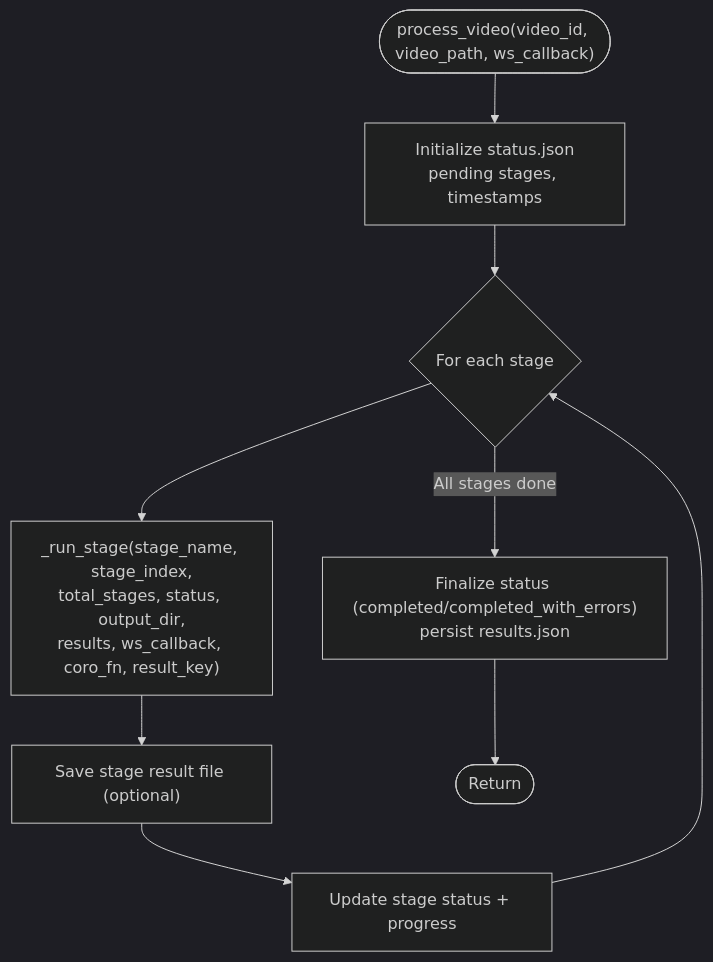
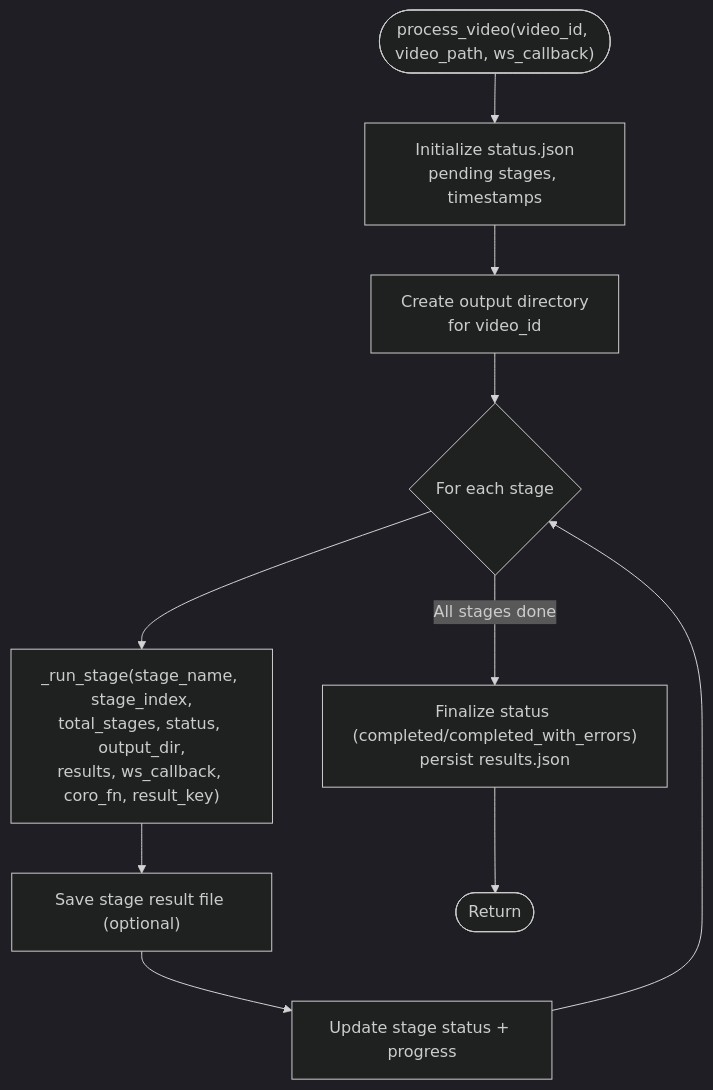
Before and after one commit to alexandreybasta-cyber/dubai-media-ai: the third of 5 diagrams in .qoder/repowiki/en/content/Media Processing Pipeline/Pipeline Overview and Architecture.md, drawn with Mermaid (dark theme). The commit also changed other lines of this file and 48 other files, not shown here.

````diff
--- a/.qoder/repowiki/en/content/Media Processing Pipeline/Pipeline Overview and Architecture.md
+++ b/.qoder/repowiki/en/content/Media Processing Pipeline/Pipeline Overview and Architecture.md
@@ -174,11 +190,12 @@
 ```mermaid
 flowchart TD
 Start(["process_video(video_id, video_path, ws_callback)"]) --> InitStatus["Initialize status.json<br/>pending stages, timestamps"]
-InitStatus --> LoopStages{"For each stage"}
+InitStatus --> CreateOutputDir["Create output directory<br/>for video_id"]
+CreateOutputDir --> LoopStages{"For each stage"}
 LoopStages --> RunStage["_run_stage(stage_name, stage_index,<br/>total_stages, status, output_dir,<br/>results, ws_callback, coro_fn, result_key)"]
 RunStage --> SaveStage["Save stage result file (optional)"]
 SaveStage --> UpdateStatus["Update stage status + progress"]
 UpdateStatus --> LoopStages
 LoopStages --> |All stages done| Finalize["Finalize status (completed/completed_with_errors)<br/>persist results.json"]
 Finalize --> Done(["Return"])
 ```
````
